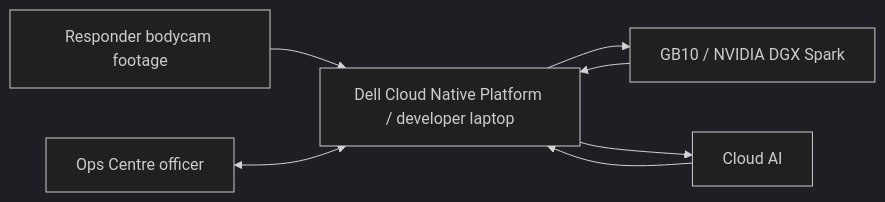
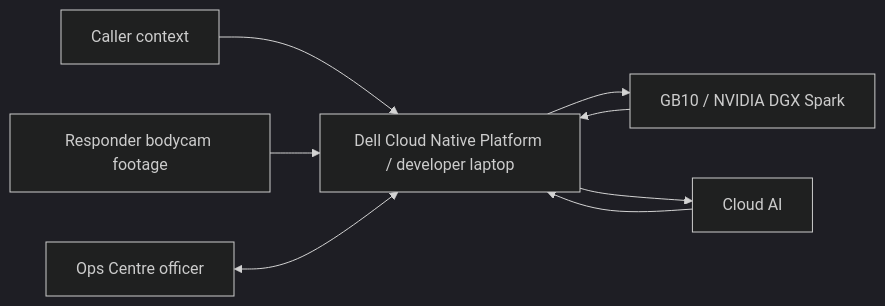
The diagram in PROJECT_CONTEXT.md (adoreblvnk/1stSight), drawn with Mermaid (dark theme) before and after one commit. The commit also changed other lines of this file and 16 other files, not shown here.

````diff
--- a/PROJECT_CONTEXT.md
+++ b/PROJECT_CONTEXT.md
@@ -119,9 +124,10 @@
 ```mermaid
 flowchart LR
-  responder[Responder bodycam footage] --> platform[Dell Cloud Native Platform / developer laptop]
+  caller[Caller context] --> platform[Dell Cloud Native Platform / developer laptop]
+  responder[Responder bodycam footage] --> platform
   ops[Ops Centre officer] <--> platform
   platform --> gb10[GB10 / NVIDIA DGX Spark]
   gb10 --> platform
   platform --> cloud[Cloud AI]
   cloud --> platform
 ```
````
